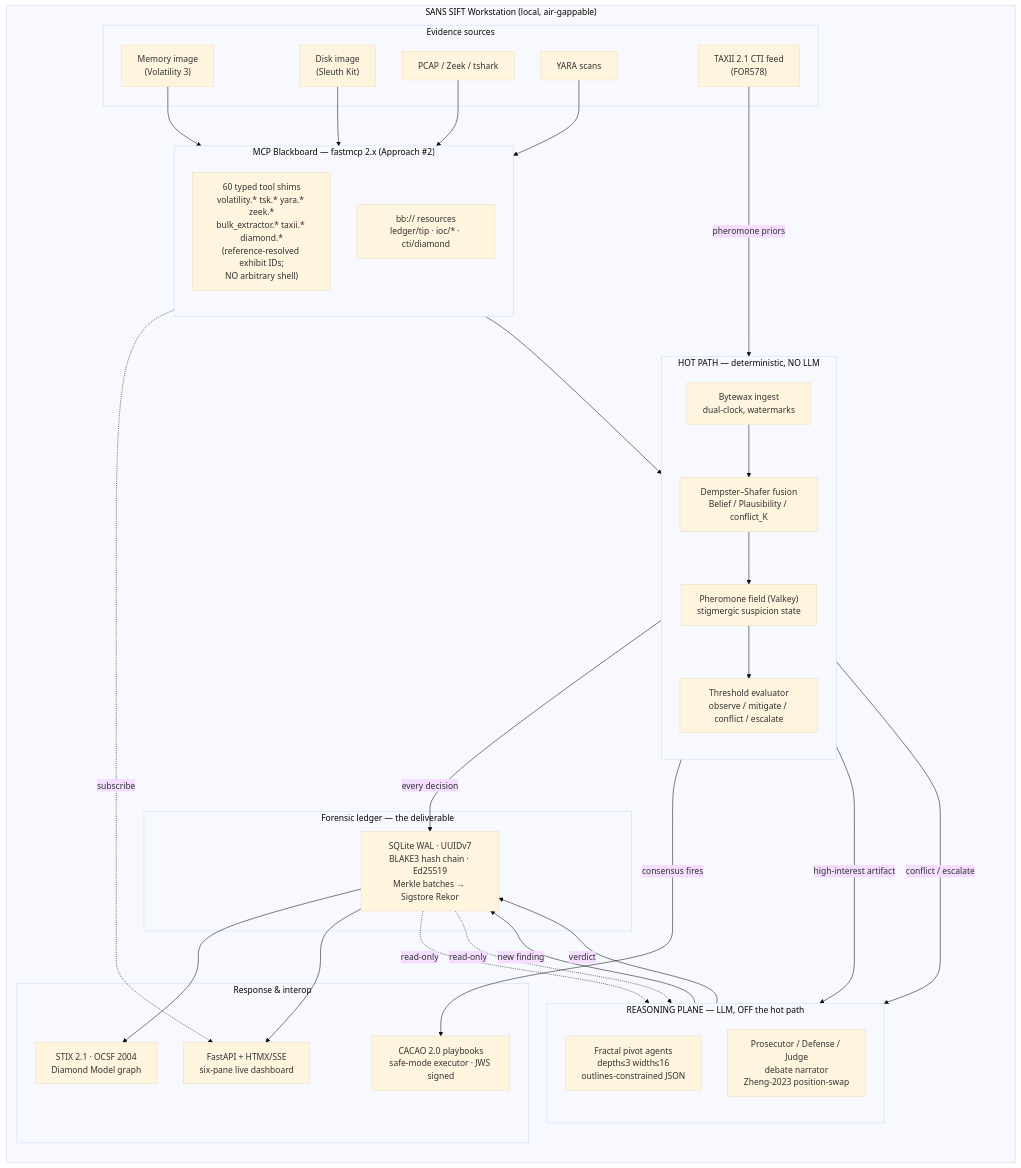
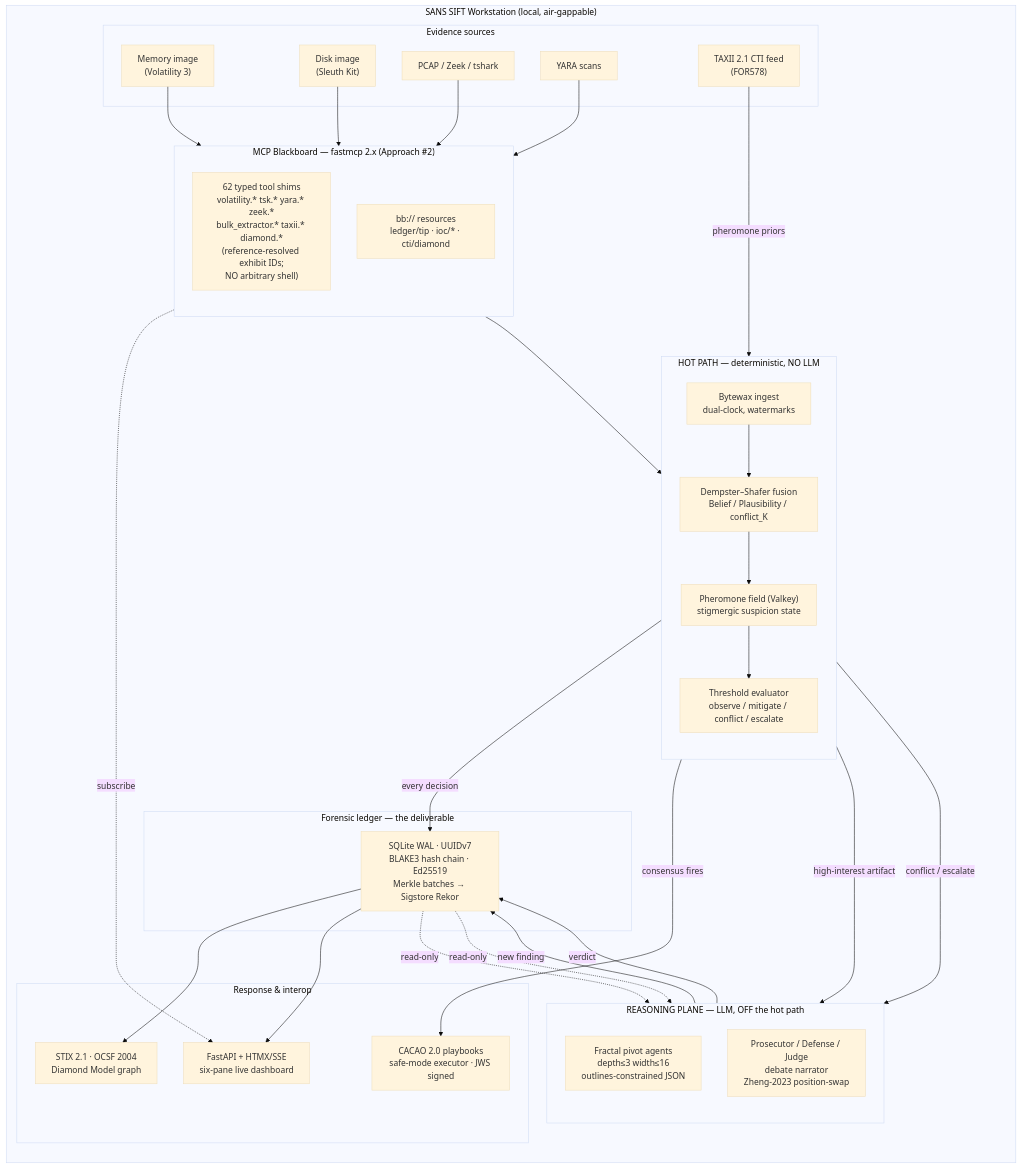
The first of 2 diagrams in docs/hackathon/architecture-diagram.md (Shaugato/find-evil), drawn with Mermaid (base theme) before and after one commit. The commit also changed other lines of this file and 7 other files, not shown here.

````diff
--- a/docs/hackathon/architecture-diagram.md
+++ b/docs/hackathon/architecture-diagram.md
@@ -18,60 +18,60 @@
 ```mermaid
 flowchart TB
     subgraph SIFT["SANS SIFT Workstation (local, air-gappable)"]
         direction TB
 
         subgraph SENSORS["Evidence sources"]
             MEM["Memory image<br/>(Volatility 3)"]
             DISK["Disk image<br/>(Sleuth Kit)"]
             NET["PCAP / Zeek / tshark"]
             YARA["YARA scans"]
             CTI["TAXII 2.1 CTI feed<br/>(FOR578)"]
         end
 
         subgraph MCP["MCP Blackboard — fastmcp 2.x (Approach #2)"]
             direction TB
-            TOOLS["60 typed tool shims<br/>volatility.* tsk.* yara.* zeek.*<br/>bulk_extractor.* taxii.* diamond.*<br/>(reference-resolved exhibit IDs;<br/>NO arbitrary shell)"]
+            TOOLS["62 typed tool shims<br/>volatility.* tsk.* yara.* zeek.*<br/>bulk_extractor.* taxii.* diamond.*<br/>(reference-resolved exhibit IDs;<br/>NO arbitrary shell)"]
             RES["bb:// resources<br/>ledger/tip · ioc/* · cti/diamond"]
         end
 
         subgraph HOT["HOT PATH — deterministic, NO LLM"]
             direction TB
             ING["Bytewax ingest<br/>dual-clock, watermarks"]
             DS["Dempster–Shafer fusion<br/>Belief / Plausibility / conflict_K"]
             PHER["Pheromone field (Valkey)<br/>stigmergic suspicion state"]
             THR["Threshold evaluator<br/>observe / mitigate / conflict / escalate"]
         end
 
         subgraph LEDGER["Forensic ledger — the deliverable"]
             LED["SQLite WAL · UUIDv7<br/>BLAKE3 hash chain · Ed25519<br/>Merkle batches → Sigstore Rekor"]
         end
 
         subgraph REASON["REASONING PLANE — LLM, OFF the hot path"]
             direction TB
             FRACTAL["Fractal pivot agents<br/>depth≤3 width≤16<br/>outlines-constrained JSON"]
             NARR["Prosecutor / Defense / Judge<br/>debate narrator<br/>Zheng-2023 position-swap"]
         end
 
         subgraph RESP["Response & interop"]
             CACAO["CACAO 2.0 playbooks<br/>safe-mode executor · JWS signed"]
             EXPORT["STIX 2.1 · OCSF 2004<br/>Diamond Model graph"]
             DASH["FastAPI + HTMX/SSE<br/>six-pane live dashboard"]
         end
     end
 
     MEM & DISK & NET & YARA --> TOOLS
     CTI -->|pheromone priors| PHER
     TOOLS --> ING
     ING --> DS --> PHER --> THR
     THR -->|every decision| LED
     THR -->|consensus fires| CACAO
     LED -.read-only.-> FRACTAL
     LED -.read-only.-> NARR
     THR -->|high-interest artifact| FRACTAL
     THR -->|conflict / escalate| NARR
     FRACTAL -->|new finding| LED
     NARR -->|verdict| LED
     LED --> EXPORT
     LED --> DASH
     RES -.subscribe.-> DASH
 ```
````
